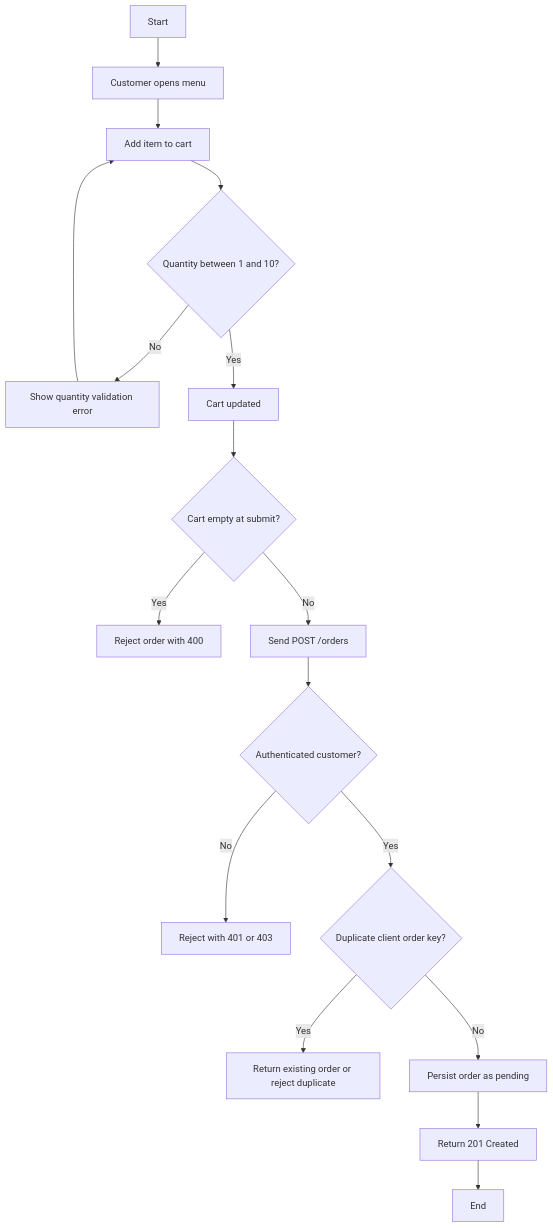
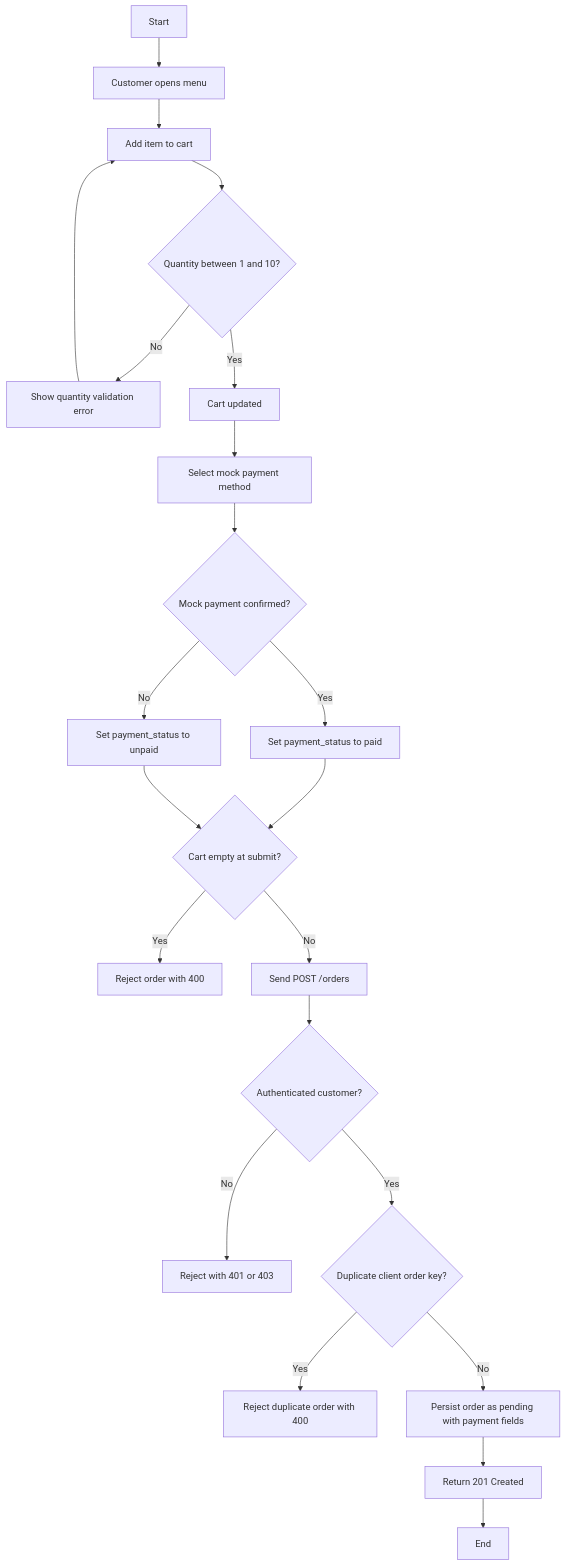
Before and after one commit to mahmoud-hassan-soliman/customer-ordering-system: the fourth of 6 diagrams in docs/design_specification.md, drawn with Mermaid. The commit also changed other lines of this file and 36 other files, not shown here.

Commit message:
Add final SE enhancements and customer order tracking

````diff
--- a/docs/design_specification.md
+++ b/docs/design_specification.md
@@ -79,19 +87,24 @@
 ```mermaid
 flowchart TD
     A["Start"] --> B["Customer opens menu"]
     B --> C["Add item to cart"]
     C --> D{"Quantity between 1 and 10?"}
     D -- No --> E["Show quantity validation error"]
     E --> C
     D -- Yes --> F["Cart updated"]
-    F --> G{"Cart empty at submit?"}
-    G -- Yes --> H["Reject order with 400"]
-    G -- No --> I["Send POST /orders"]
-    I --> J{"Authenticated customer?"}
-    J -- No --> K["Reject with 401 or 403"]
-    J -- Yes --> L{"Duplicate client order key?"}
-    L -- Yes --> M["Return existing order or reject duplicate"]
-    L -- No --> N["Persist order as pending"]
-    N --> O["Return 201 Created"]
-    O --> P["End"]
+    F --> G["Select mock payment method"]
+    G --> H{"Mock payment confirmed?"}
+    H -- Yes --> I["Set payment_status to paid"]
+    H -- No --> J["Set payment_status to unpaid"]
+    I --> K{"Cart empty at submit?"}
+    J --> K
+    K -- Yes --> L["Reject order with 400"]
+    K -- No --> M["Send POST /orders"]
+    M --> N{"Authenticated customer?"}
+    N -- No --> O["Reject with 401 or 403"]
+    N -- Yes --> P{"Duplicate client order key?"}
+    P -- Yes --> Q["Reject duplicate order with 400"]
+    P -- No --> R["Persist order as pending with payment fields"]
+    R --> S["Return 201 Created"]
+    S --> T["End"]
 ```
````
